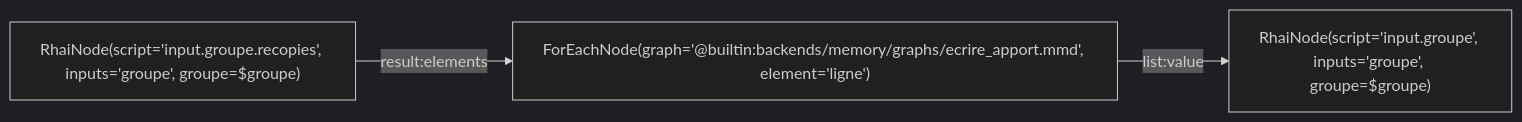
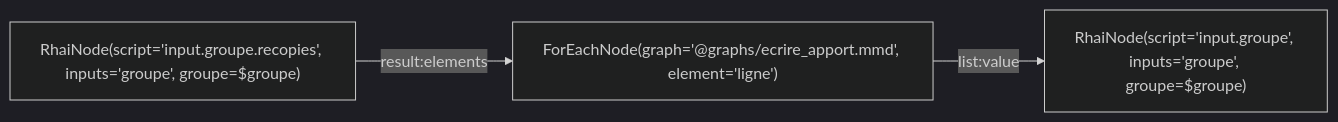
The diagram in extension/rag3weaver/templates/backends/memory/graphs/gestes_recopier.mmd (L-Defraiteur/rag3db), drawn with Mermaid (dark theme) before and after one commit. The commit also changed 20 other files, not shown here.

Commit message:
feat(memoire): le gabarit memory cite ses graphes et ses Plans sur disque (@graphs/, @plans/), versés dans le gabarit : une copie éditée change ce que l'appel joue et la version du gabarit ; @builtin: ne reste que pour les outils génériques du moteur (select_structured, search_structured)

```diff
--- a/extension/rag3weaver/templates/backends/memory/graphs/gestes_recopier.mmd
+++ b/extension/rag3weaver/templates/backends/memory/graphs/gestes_recopier.mmd
@@ -1,11 +1,11 @@
 %% tool: gestes_recopier
 %% description: Un groupe d'un geste, liens posés : ses apports d'origine passent recopied (la transition recopy), sous l'ancienne fiche. Rend le groupe.
 %% param: groupe json! -- Un groupe du plan.
 %% result: out.result
 
 graph LR
     lr["RhaiNode(script='input.groupe.recopies', inputs='groupe', groupe=$groupe)"]
-    rec["ForEachNode(graph='@builtin:backends/memory/graphs/ecrire_apport.mmd', element='ligne')"]
+    rec["ForEachNode(graph='@graphs/ecrire_apport.mmd', element='ligne')"]
     out["RhaiNode(script='input.groupe', inputs='groupe', groupe=$groupe)"]
     lr -->|result:elements| rec
     rec -->|list:value| out
```
